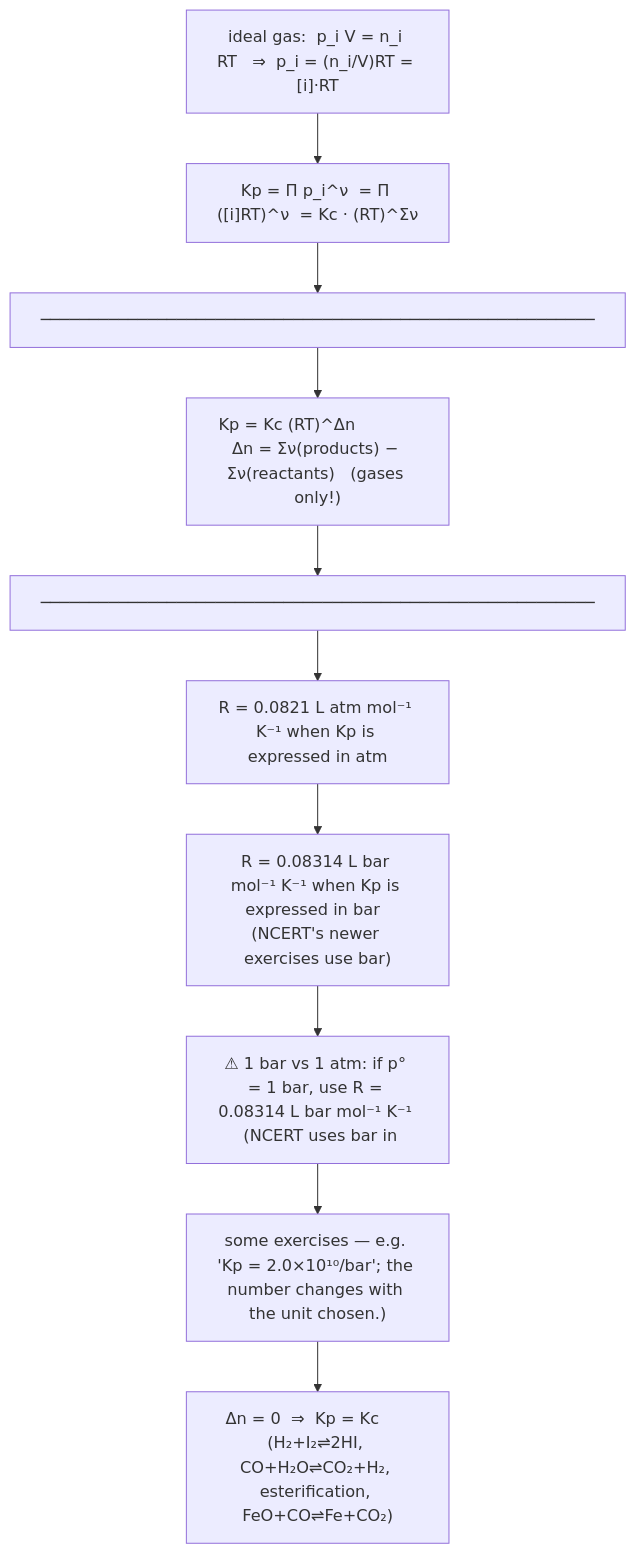
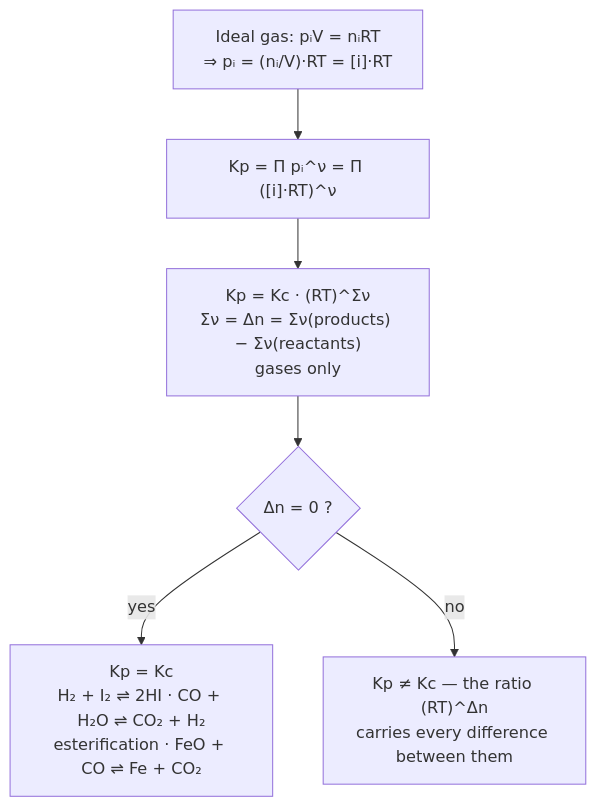
The third of 5 diagrams in Physical-Chemistry/04-Equilibrium/notes.md (SurajGupta2009/Chem_JEEAd_notes), drawn with Mermaid before and after one commit. The commit also changed other lines of this file and 60 other files, not shown here.

````diff
--- a/Physical-Chemistry/04-Equilibrium/notes.md
+++ b/Physical-Chemistry/04-Equilibrium/notes.md
@@ -316,22 +318,8 @@
 ```mermaid
 flowchart TD
-    N0["ideal gas:  p_i V = n_i RT   ⇒  p_i = (n_i/V)RT = [i]·RT"]
-    N1["Kp = Π p_i^ν  = Π ([i]RT)^ν  = Kc · (RT)^Σν"]
-    N2["─────────────────────────────────────────────────────────"]
-    N3["Kp = Kc (RT)^Δn            Δn = Σν(products) − Σν(reactants)   (gases only!)"]
-    N4["─────────────────────────────────────────────────────────"]
-    N5["R = 0.0821 L atm mol⁻¹ K⁻¹ when Kp is expressed in atm"]
-    N6["R = 0.08314 L bar mol⁻¹ K⁻¹ when Kp is expressed in bar  (NCERT's newer exercises use bar)"]
-    N7["⚠ 1 bar vs 1 atm: if p° = 1 bar, use R = 0.08314 L bar mol⁻¹ K⁻¹  (NCERT uses bar in"]
-    N8["some exercises — e.g. 'Kp = 2.0×10¹⁰/bar'; the number changes with the unit chosen.)"]
-    N9["Δn = 0  ⇒  Kp = Kc      (H₂+I₂⇌2HI, CO+H₂O⇌CO₂+H₂, esterification, FeO+CO⇌Fe+CO₂)"]
-    N0 --> N1
-    N1 --> N2
-    N2 --> N3
-    N3 --> N4
-    N4 --> N5
-    N5 --> N6
-    N6 --> N7
-    N7 --> N8
-    N8 --> N9
+    A["Ideal gas: pᵢV = nᵢRT<br>⇒ pᵢ = (nᵢ/V)·RT = [i]·RT"] --> B["Kp = Π pᵢ^ν = Π ([i]·RT)^ν"]
+    B --> C["Kp = Kc · (RT)^Σν<br>Σν = Δn = Σν(products) − Σν(reactants)<br>gases only"]
+    C --> D{"Δn = 0 ?"}
+    D -->|"yes"| E["Kp = Kc<br>H₂ + I₂ ⇌ 2HI · CO + H₂O ⇌ CO₂ + H₂<br>esterification · FeO + CO ⇌ Fe + CO₂"]
+    D -->|"no"| F["Kp ≠ Kc — the ratio (RT)^Δn<br>carries every difference between them"]
 ```
````
